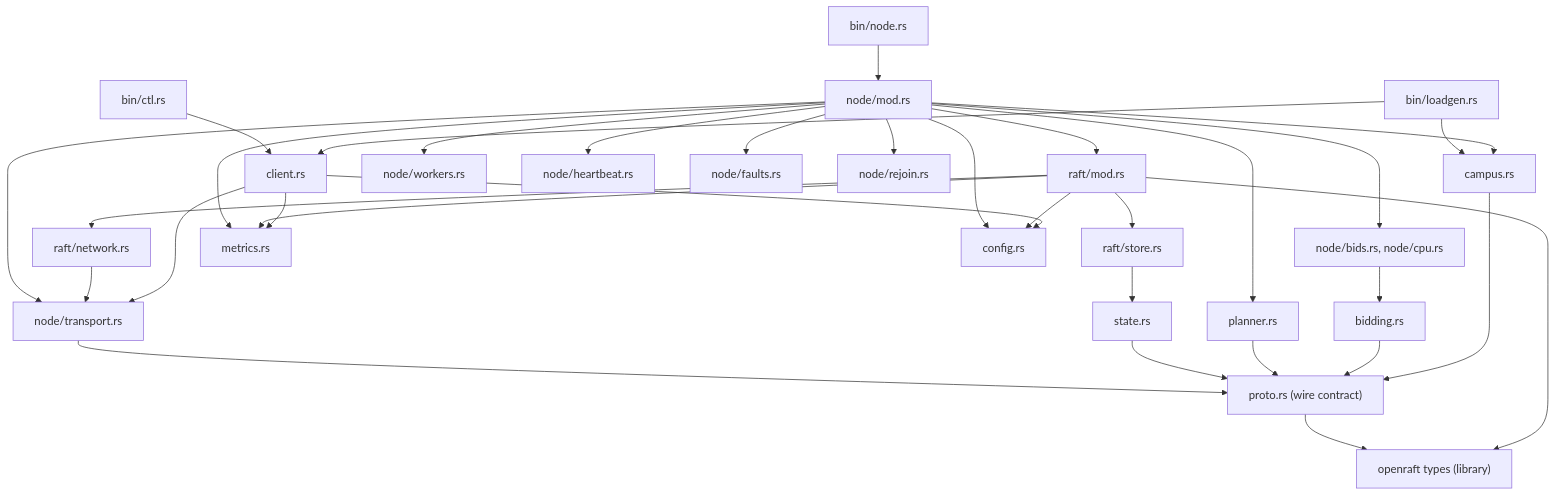
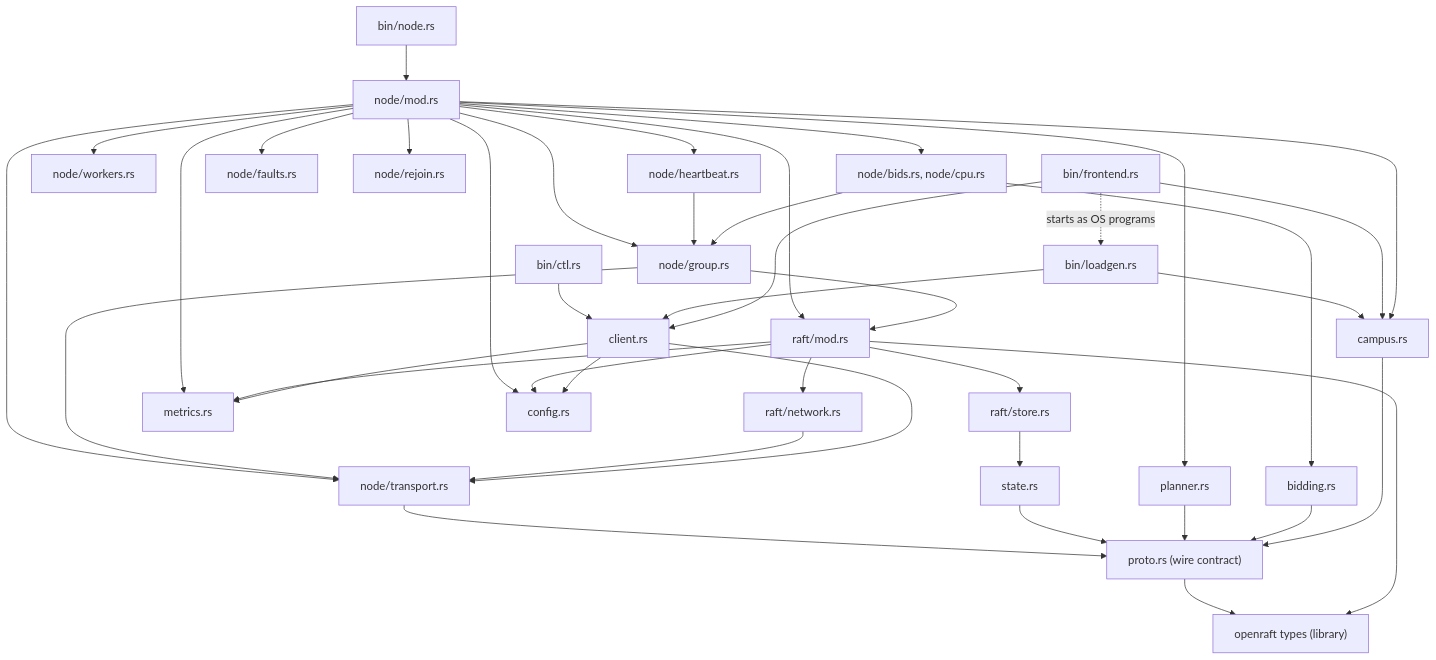
The fourth of 43 diagrams in docs/architecture.md (noortaytoy1/DistributedSystems), drawn with Mermaid before and after one commit. The commit also changed other lines of this file and 7 other files, not shown here.

````diff
--- a/docs/architecture.md
+++ b/docs/architecture.md
@@ -192,35 +269,43 @@
 ```mermaid
 flowchart TD
     BNODE["bin/node.rs"] --> NODE["node/mod.rs"]
     BCTL["bin/ctl.rs"] --> CLIENT["client.rs"]
     BLOAD["bin/loadgen.rs"] --> CLIENT
     BLOAD --> CAMPUS["campus.rs"]
+    BFRONT["bin/frontend.rs"] --> CLIENT
+    BFRONT --> CAMPUS
+    BFRONT -. "starts as OS programs" .-> BLOAD
     NODE --> RAFT["raft/mod.rs"]
     NODE --> TRANSPORT["node/transport.rs"]
     NODE --> WORKERS["node/workers.rs"]
     NODE --> HEART["node/heartbeat.rs"]
     NODE --> FAULTS["node/faults.rs"]
     NODE --> REJOIN["node/rejoin.rs"]
+    NODE --> GROUP["node/group.rs"]
+    HEART --> GROUP
+    GROUP --> TRANSPORT
+    GROUP --> RAFT
     NODE --> PLANNER["planner.rs"]
     NODE --> CAMPUS
     NODE --> BIDS["node/bids.rs, node/cpu.rs"]
     BIDS --> BIDDING["bidding.rs"]
+    BIDS --> GROUP
     RAFT --> NETWORK["raft/network.rs"]
     RAFT --> STORE["raft/store.rs"]
     NETWORK --> TRANSPORT
     STORE --> STATE["state.rs"]
     CLIENT --> TRANSPORT
     TRANSPORT --> PROTO["proto.rs (wire contract)"]
     STATE --> PROTO
     PLANNER --> PROTO
     BIDDING --> PROTO
     CAMPUS --> PROTO
     NODE --> METRICS["metrics.rs"]
     RAFT --> METRICS
     CLIENT --> METRICS
     NODE --> CONFIG["config.rs"]
     RAFT --> CONFIG
     CLIENT --> CONFIG
     PROTO --> OR["openraft types (library)"]
     RAFT --> OR
 ```
````
